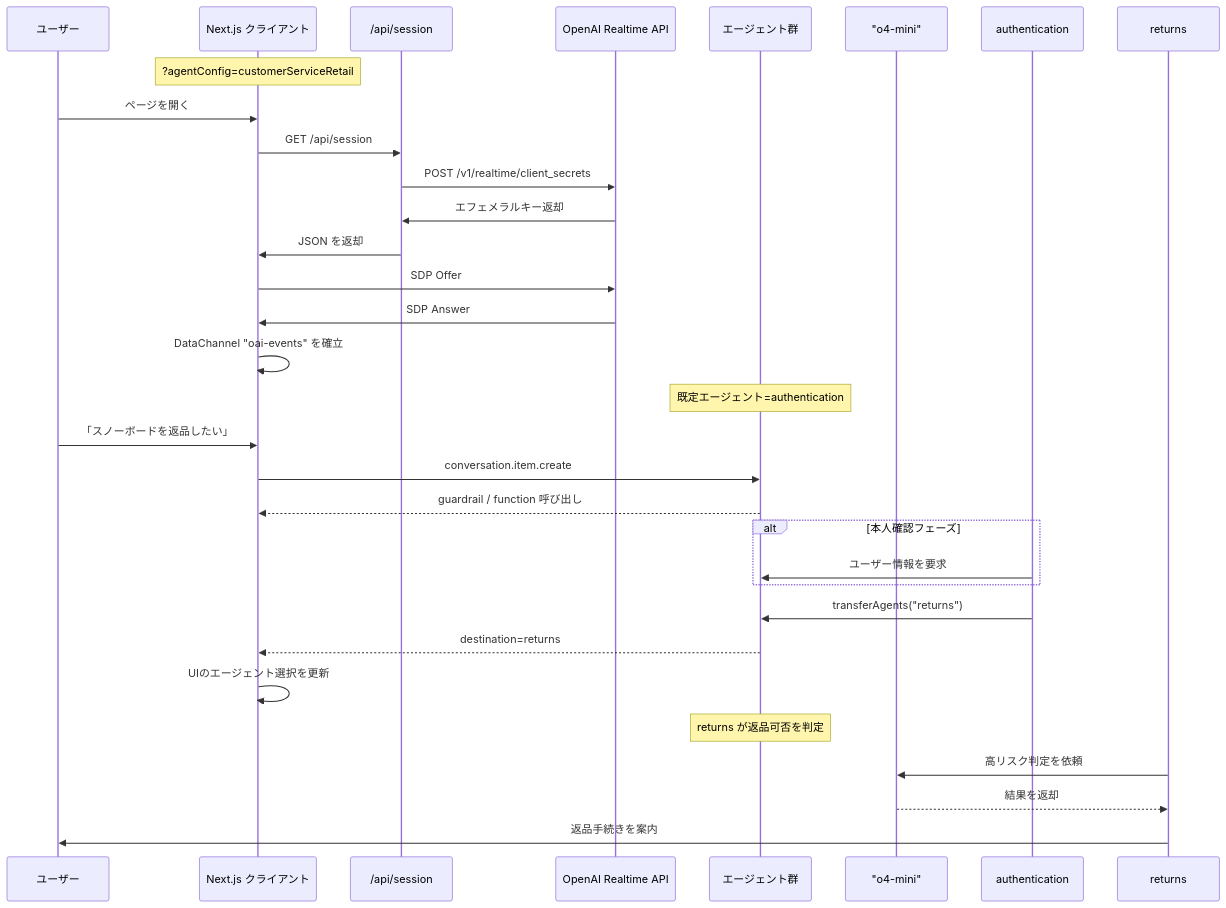
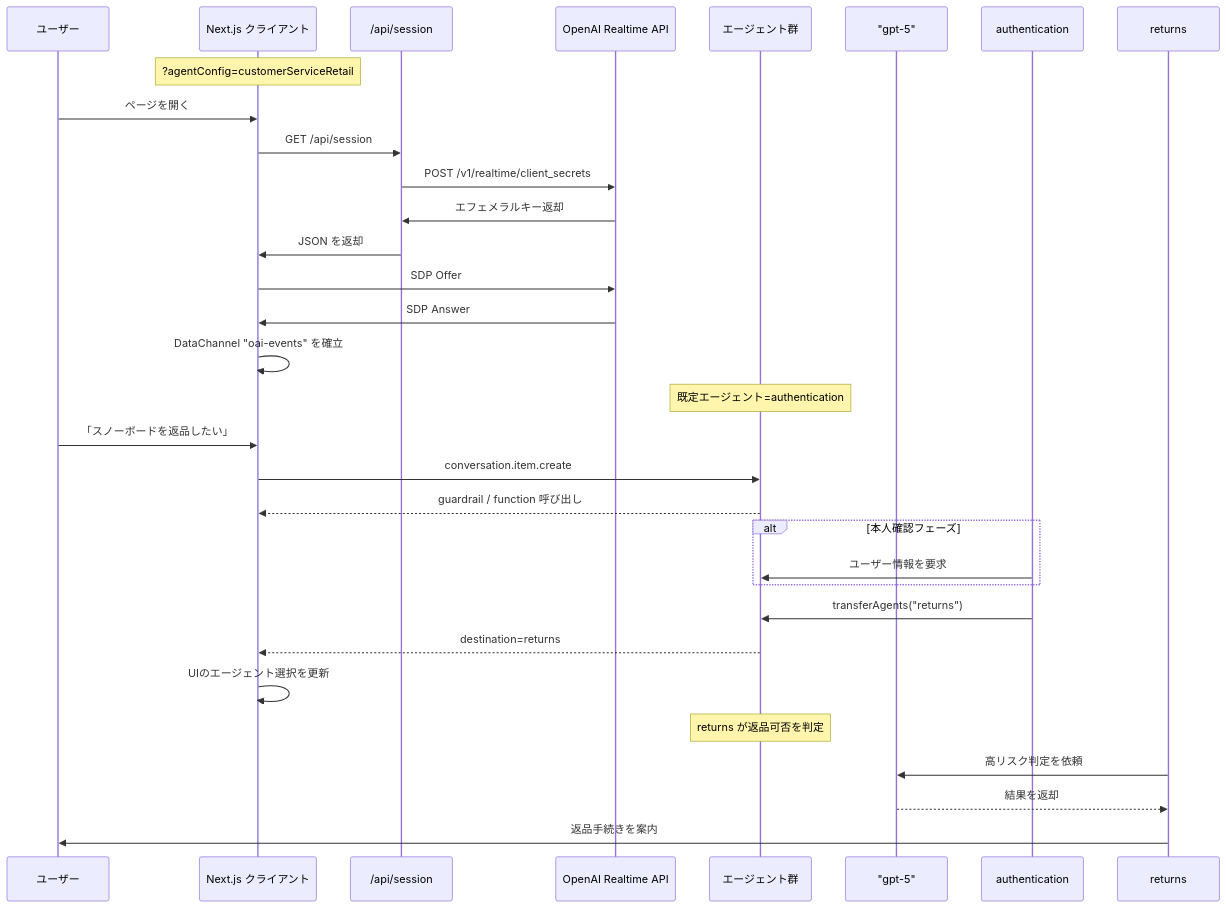
The second of 2 diagrams in README.md (MizukiMachine/MCPCoordinator), drawn with Mermaid before and after one commit. The commit also changed other lines of this file and 6 other files, not shown here.

````diff
--- a/README.md
+++ b/README.md
@@ -89,38 +65,38 @@
 ```mermaid
 sequenceDiagram
     participant User as ユーザー
     participant WebClient as Next.js クライアント
     participant NextAPI as /api/session
     participant RealtimeAPI as OpenAI Realtime API
     participant AgentManager as エージェント群
-    participant Escalation as "o4-mini"
+    participant Escalation as "gpt-5"
 
     Note over WebClient: ?agentConfig=customerServiceRetail
     User->>WebClient: ページを開く
     WebClient->>NextAPI: GET /api/session
     NextAPI->>RealtimeAPI: POST /v1/realtime/client_secrets
     RealtimeAPI->>NextAPI: エフェメラルキー返却
     NextAPI->>WebClient: JSON を返却
 
     WebClient->>RealtimeAPI: SDP Offer
     RealtimeAPI->>WebClient: SDP Answer
     WebClient->>WebClient: DataChannel "oai-events" を確立
 
     Note over AgentManager: 既定エージェント=authentication
     User->>WebClient: 「スノーボードを返品したい」
     WebClient->>AgentManager: conversation.item.create
     AgentManager-->>WebClient: guardrail / function 呼び出し
 
     alt 本人確認フェーズ
         authentication->>AgentManager: ユーザー情報を要求
     end
 
     authentication->>AgentManager: transferAgents("returns")
     AgentManager-->>WebClient: destination=returns
     WebClient->>WebClient: UIのエージェント選択を更新
 
     Note over AgentManager: returns が返品可否を判定
     returns->>Escalation: 高リスク判定を依頼
     Escalation-->>returns: 結果を返却
     returns->>User: 返品手続きを案内
 ```
````
